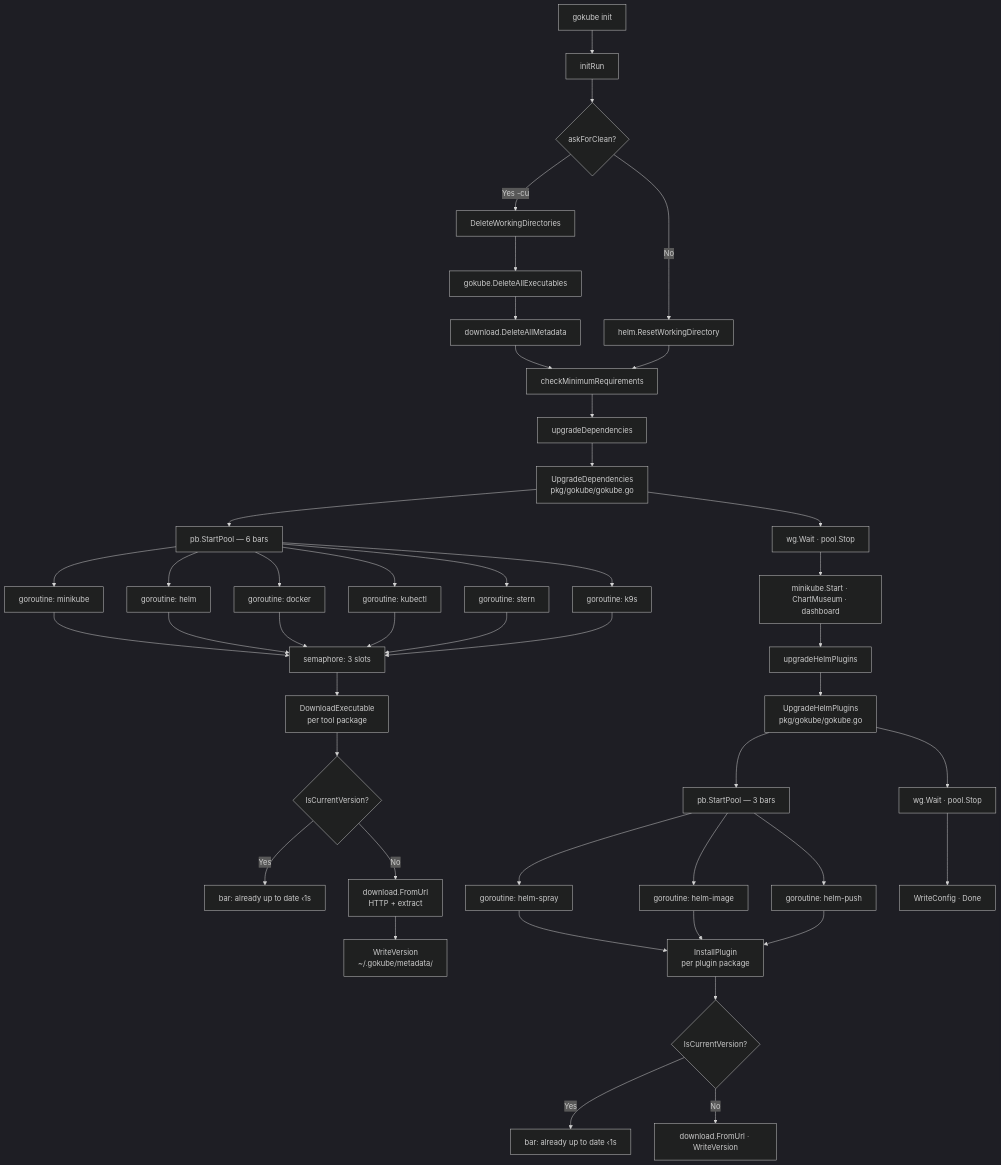
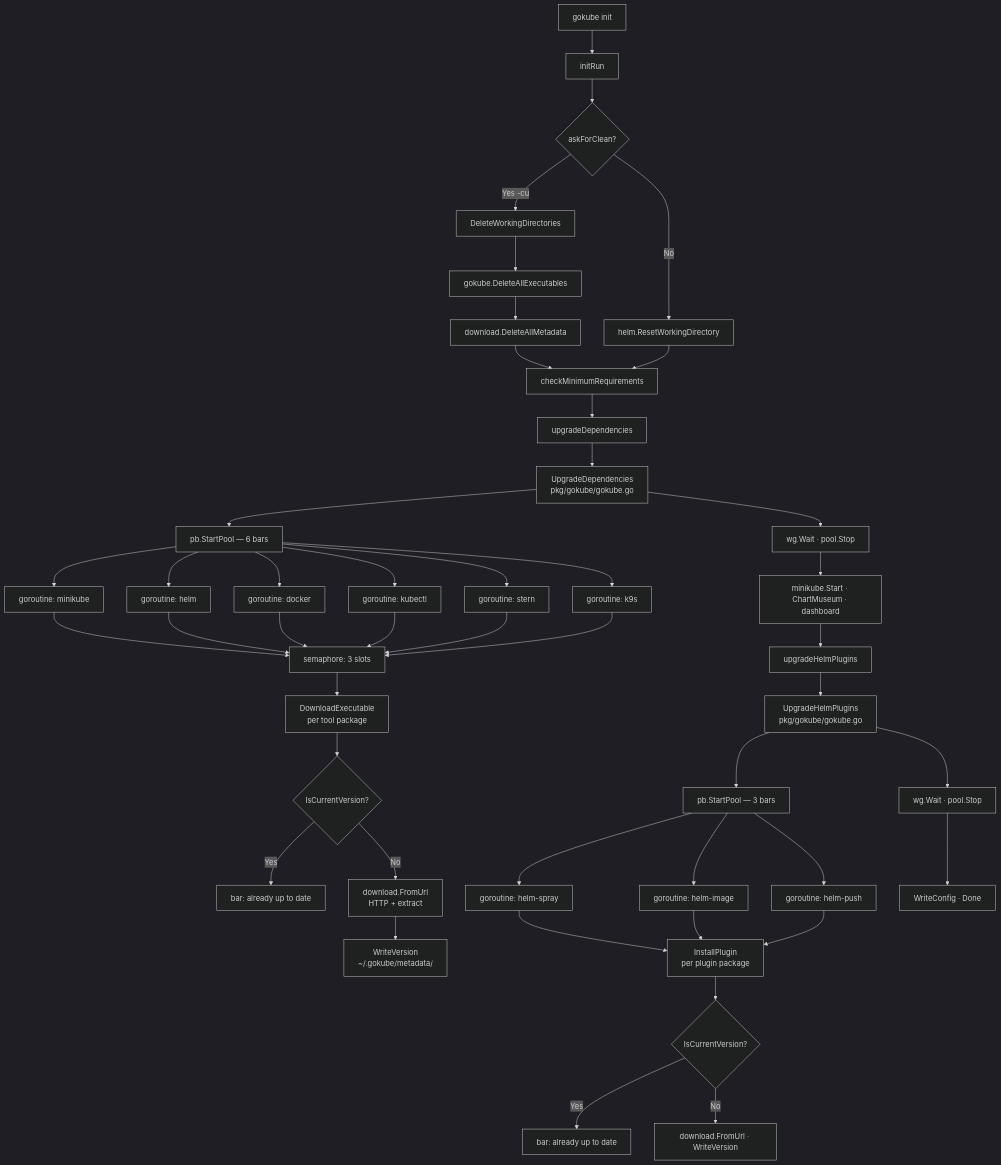
Before and after one commit to prateeksharma2988/gokube: the first of 2 diagrams in docs/hackathon-submission.md, drawn with Mermaid (dark theme). The commit also changed other lines of this file and 1 other file, not shown here.

````diff
--- a/docs/hackathon-submission.md
+++ b/docs/hackathon-submission.md
@@ -235,41 +270,41 @@
 ```mermaid
 flowchart TD
     A[gokube init] --> B[initRun]
     B --> C{askForClean?}
     C -->|Yes -cu| D[DeleteWorkingDirectories]
     D --> E[gokube.DeleteAllExecutables]
     E --> F[download.DeleteAllMetadata]
     C -->|No| G[helm.ResetWorkingDirectory]
     F --> H[checkMinimumRequirements]
     G --> H
     H --> I[upgradeDependencies]
     I --> J[UpgradeDependencies\npkg/gokube/gokube.go]
     J --> K[pb.StartPool — 6 bars]
     K --> L1[goroutine: minikube]
     K --> L2[goroutine: helm]
     K --> L3[goroutine: docker]
     K --> L4[goroutine: kubectl]
     K --> L5[goroutine: stern]
     K --> L6[goroutine: k9s]
     L1 & L2 & L3 --> M[semaphore: 3 slots]
     L4 & L5 & L6 --> M
     M --> N[DownloadExecutable\nper tool package]
     N --> O{IsCurrentVersion?}
-    O -->|Yes| P[bar: already up to date ‹1s]
+    O -->|Yes| P[bar: already up to date]
     O -->|No| Q[download.FromUrl\nHTTP + extract]
     Q --> R[WriteVersion\n~/.gokube/metadata/]
     J --> S[wg.Wait · pool.Stop]
     S --> T[minikube.Start · ChartMuseum · dashboard]
     T --> U[upgradeHelmPlugins]
     U --> V[UpgradeHelmPlugins\npkg/gokube/gokube.go]
     V --> W[pb.StartPool — 3 bars]
     W --> X1[goroutine: helm-spray]
     W --> X2[goroutine: helm-image]
     W --> X3[goroutine: helm-push]
     X1 & X2 & X3 --> Y[InstallPlugin\nper plugin package]
     Y --> Z{IsCurrentVersion?}
-    Z -->|Yes| AA[bar: already up to date ‹1s]
+    Z -->|Yes| AA[bar: already up to date]
     Z -->|No| AB[download.FromUrl · WriteVersion]
     V --> AC[wg.Wait · pool.Stop]
     AC --> AD[WriteConfig · Done]
 ```
````
